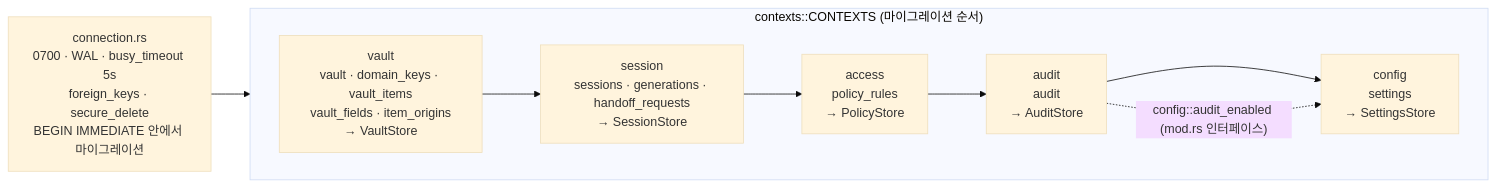
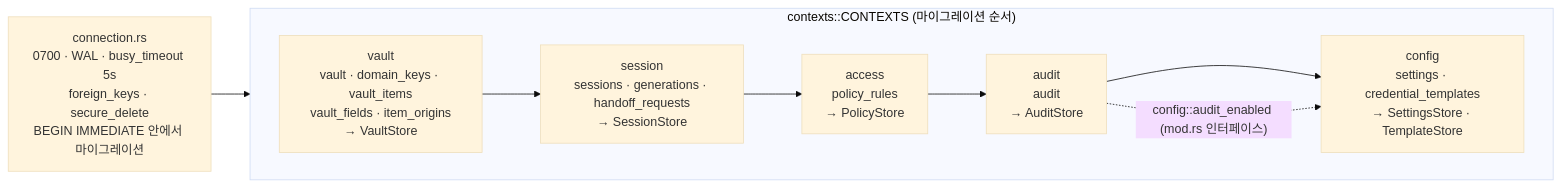
Before and after one commit to LeeSwallow/KeyHarbor: diagram 14 of 17 in docs/design/02-system-architecture.md, drawn with Mermaid (base theme). The commit also changed other lines of this file and 58 other files, not shown here.

First line of the commit message:
feat(vault): add custom fields to every kind, the credential kind and credential templates (#208)

````diff
--- a/docs/design/02-system-architecture.md
+++ b/docs/design/02-system-architecture.md
@@ -498,14 +501,14 @@
 ```mermaid
 flowchart LR
   subgraph reg["contexts::CONTEXTS (마이그레이션 순서)"]
     direction LR
     v["vault<br/>vault · domain_keys · vault_items<br/>vault_fields · item_origins<br/>→ VaultStore"]
     s["session<br/>sessions · generations · handoff_requests<br/>→ SessionStore"]
     a["access<br/>policy_rules<br/>→ PolicyStore"]
     au["audit<br/>audit<br/>→ AuditStore"]
-    c["config<br/>settings<br/>→ SettingsStore"]
+    c["config<br/>settings · credential_templates<br/>→ SettingsStore · TemplateStore"]
   end
   v --> s --> a --> au --> c
   au -.->|"config::audit_enabled (mod.rs 인터페이스)"| c
   conn["connection.rs<br/>0700 · WAL · busy_timeout 5s<br/>foreign_keys · secure_delete<br/>BEGIN IMMEDIATE 안에서 마이그레이션"] --> reg
 ```
````
